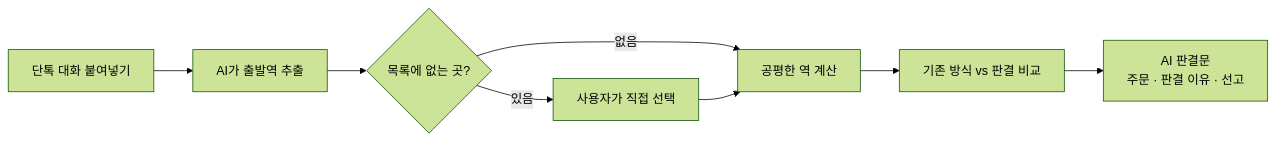
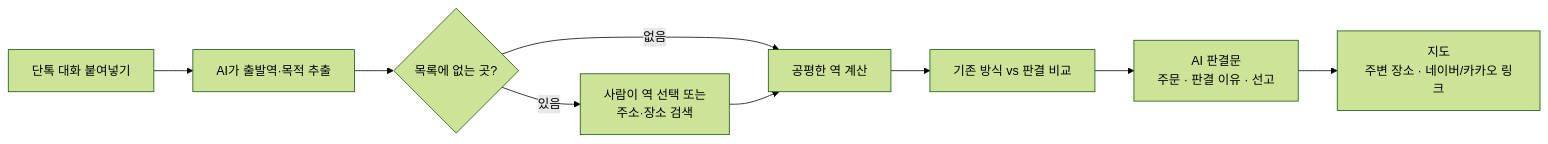
The first of 3 diagrams in OVERVIEW.md (202207048/AWS), drawn with Mermaid (forest theme) before and after one commit. The commit also changed other lines of this file and 3 other files, not shown here.

````diff
--- a/OVERVIEW.md
+++ b/OVERVIEW.md
@@ -17,10 +18,11 @@
 ```mermaid
 flowchart LR
-    A[단톡 대화 붙여넣기] --> B[AI가 출발역 추출]
+    A[단톡 대화 붙여넣기] --> B[AI가 출발역·목적 추출]
     B --> C{목록에 없는 곳?}
-    C -- 있음 --> D[사용자가 직접 선택]
+    C -- 있음 --> D[사람이 역 선택 또는<br/>주소·장소 검색]
     C -- 없음 --> E[공평한 역 계산]
     D --> E
     E --> F[기존 방식 vs 판결 비교]
     F --> G[AI 판결문<br/>주문 · 판결 이유 · 선고]
+    G --> H["지도<br/>주변 장소 · 네이버/카카오 링크"]
 ```
````
